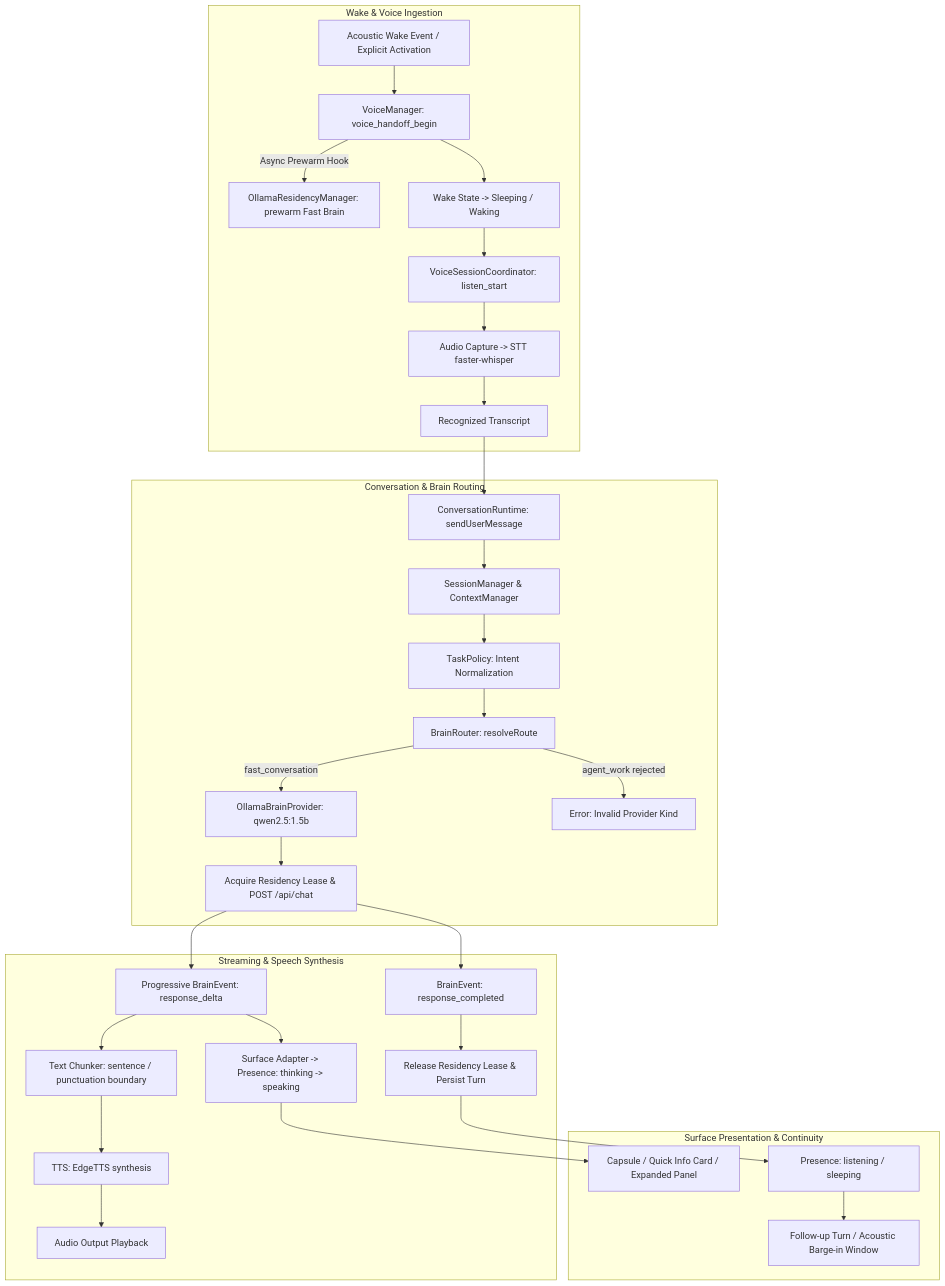
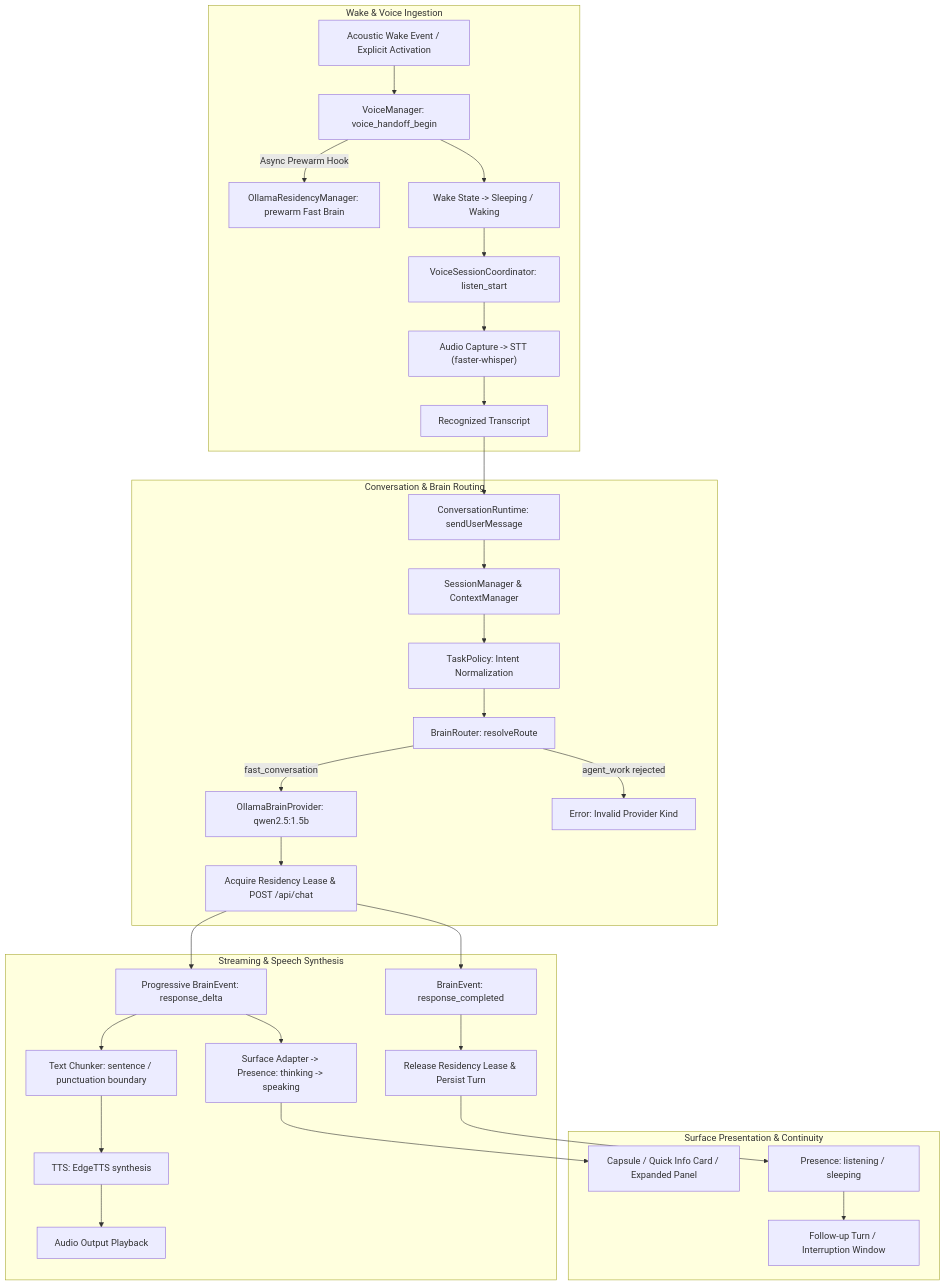
Before and after one commit to Jeff7563/MAVE: the diagram in docs/architecture/MAVE_C4_CONVERSATION_VOICE_CLOSEOUT_AUDIT.md, drawn with Mermaid. The commit also changed other lines of this file and 4 other files, not shown here.

````diff
--- a/docs/architecture/MAVE_C4_CONVERSATION_VOICE_CLOSEOUT_AUDIT.md
+++ b/docs/architecture/MAVE_C4_CONVERSATION_VOICE_CLOSEOUT_AUDIT.md
@@ -63,37 +72,37 @@
 ```mermaid
 flowchart TD
     subgraph Wake & Voice Ingestion
-        A[Acoustic Wake Event / Explicit Activation] --> B[VoiceManager: voice_handoff_begin]
-        B -->|Async Prewarm Hook| C[OllamaResidencyManager: prewarm Fast Brain]
-        B --> D[Wake State -> Sleeping / Waking]
-        D --> E[VoiceSessionCoordinator: listen_start]
-        E --> F[Audio Capture -> STT faster-whisper]
-        F --> G[Recognized Transcript]
+        A["Acoustic Wake Event / Explicit Activation"] --> B["VoiceManager: voice_handoff_begin"]
+        B -->|Async Prewarm Hook| C["OllamaResidencyManager: prewarm Fast Brain"]
+        B --> D["Wake State -> Sleeping / Waking"]
+        D --> E["VoiceSessionCoordinator: listen_start"]
+        E --> F["Audio Capture -> STT (faster-whisper)"]
+        F --> G["Recognized Transcript"]
     end
 
     subgraph Conversation & Brain Routing
-        G --> H[ConversationRuntime: sendUserMessage]
-        H --> I[SessionManager & ContextManager]
-        I --> J[TaskPolicy: Intent Normalization]
-        J --> K[BrainRouter: resolveRoute]
-        K -->|fast_conversation| L[OllamaBrainProvider: qwen2.5:1.5b]
-        K -->|agent_work rejected| ERR[Error: Invalid Provider Kind]
-        L --> M[Acquire Residency Lease & POST /api/chat]
+        G --> H["ConversationRuntime: sendUserMessage"]
+        H --> I["SessionManager & ContextManager"]
+        I --> J["TaskPolicy: Intent Normalization"]
+        J --> K["BrainRouter: resolveRoute"]
+        K -->|fast_conversation| L["OllamaBrainProvider: qwen2.5:1.5b"]
+        K -->|agent_work rejected| ERR["Error: Invalid Provider Kind"]
+        L --> M["Acquire Residency Lease & POST /api/chat"]
     end
 
     subgraph Streaming & Speech Synthesis
-        M --> N[Progressive BrainEvent: response_delta]
-        N --> O[Surface Adapter -> Presence: thinking -> speaking]
-        N --> P[Text Chunker: sentence / punctuation boundary]
-        P --> Q[TTS: EdgeTTS synthesis]
-        Q --> R[Audio Output Playback]
-        M --> S[BrainEvent: response_completed]
-        S --> T[Release Residency Lease & Persist Turn]
+        M --> N["Progressive BrainEvent: response_delta"]
+        N --> O["Surface Adapter -> Presence: thinking -> speaking"]
+        N --> P["Text Chunker: sentence / punctuation boundary"]
+        P --> Q["TTS: EdgeTTS synthesis"]
+        Q --> R["Audio Output Playback"]
+        M --> S["BrainEvent: response_completed"]
+        S --> T["Release Residency Lease & Persist Turn"]
     end
 
     subgraph Surface Presentation & Continuity
-        O --> U[Capsule / Quick Info Card / Expanded Panel]
-        T --> V[Presence: listening / sleeping]
-        V --> W[Follow-up Turn / Acoustic Barge-in Window]
+        O --> U["Capsule / Quick Info Card / Expanded Panel"]
+        T --> V["Presence: listening / sleeping"]
+        V --> W["Follow-up Turn / Interruption Window"]
     end
 ```
````
